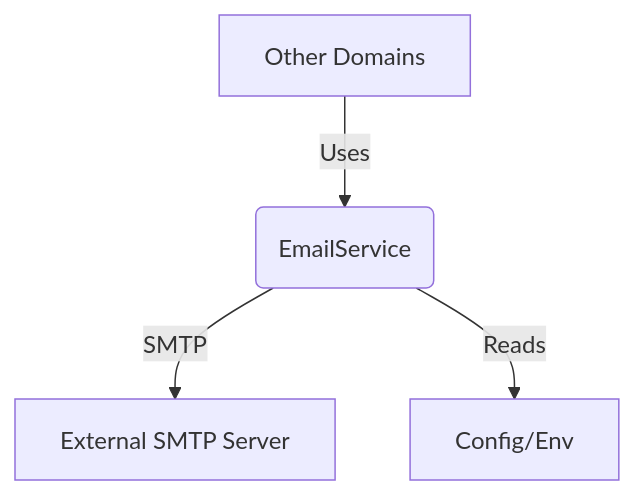
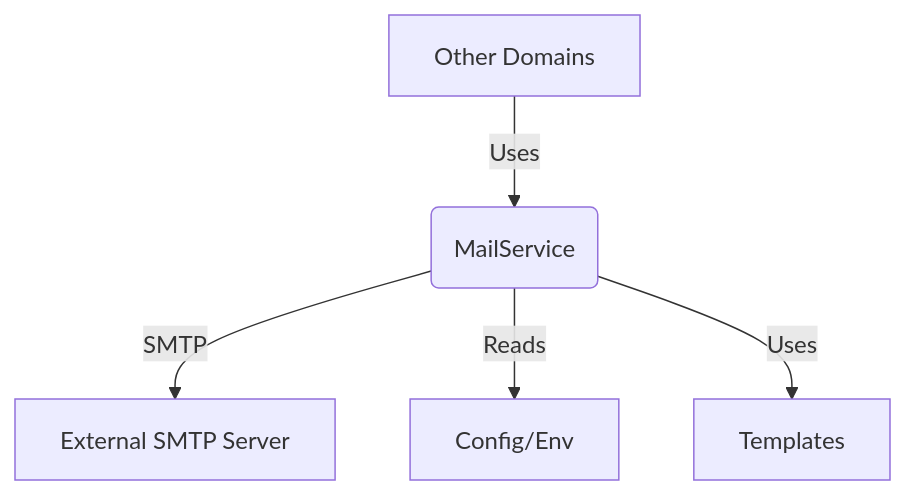
One commit to PT-Perkasa-Pilar-Utama/Tuya-Teralux-App changed the diagram in backend/docs/manual/SPECIFICATIONS/5_email_specification.md. Above: the diagram before and after it, drawn with Mermaid. The commit also changed other lines of this file and 54 other files, not shown here.

First line of the commit message:
feat(mail): implement send email by MAC address and refactor to 1-file-per-usecase

````diff
--- a/backend/docs/manual/SPECIFICATIONS/5_email_specification.md
+++ b/backend/docs/manual/SPECIFICATIONS/5_email_specification.md
@@ -10,6 +10,7 @@
 ```mermaid
 graph TD
-    A[Other Domains] -->|Uses| B(EmailService)
+    A[Other Domains] -->|Uses| B(MailService)
     B -->|SMTP| C[External SMTP Server]
     B -->|Reads| D[Config/Env]
+    B -->|Uses| E[Templates]
 ```
````
